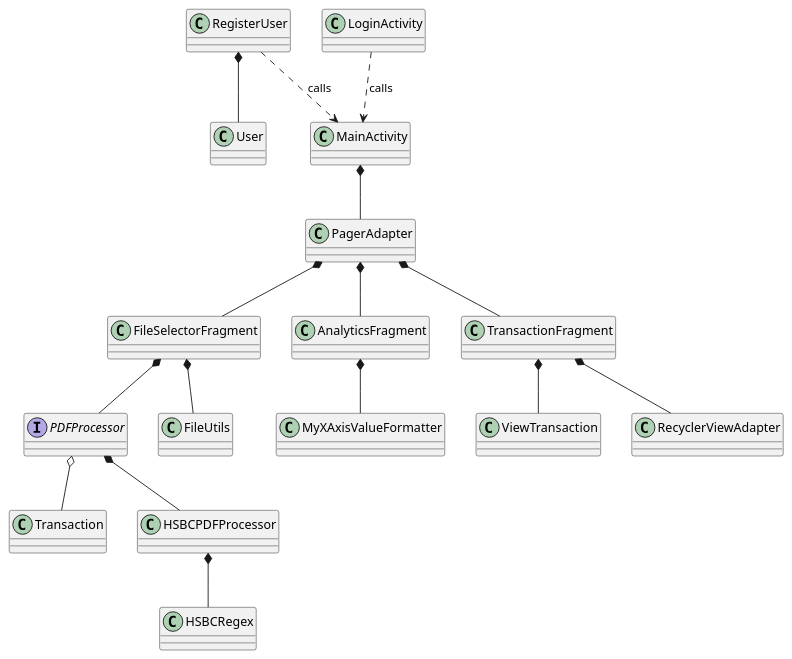
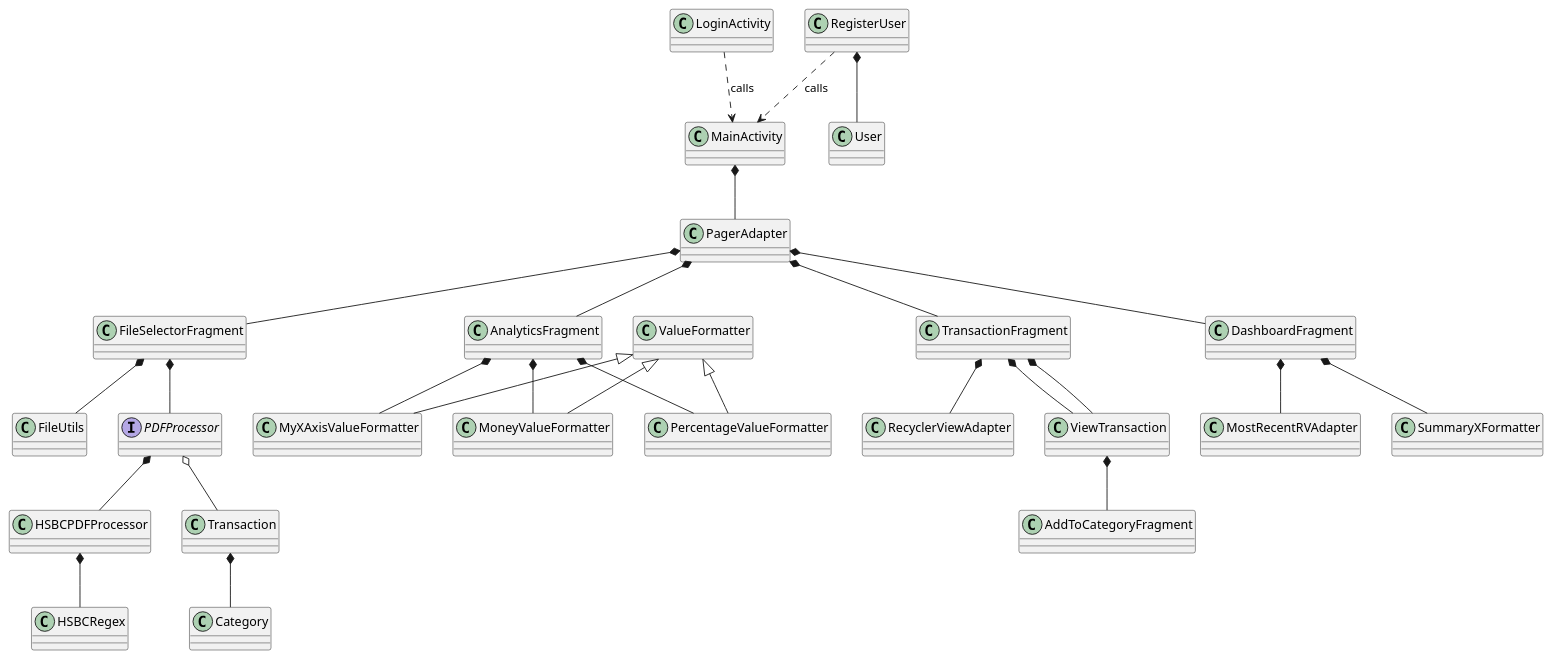
The diagram in app/class_diagram.puml (nisathnasar/Spending-Tracker), drawn with PlantUML before and after one commit.

Commit message:
class diagram update

```diff
--- a/app/class_diagram.puml
+++ b/app/class_diagram.puml
@@ -1,39 +1,65 @@
 @startuml
 
 class MainActivity
 class RegisterUser
 class LoginActivity
 class Transaction
 class User
 class FileSelectorFragment
 class FileUtils
 class HSBCRegex
 interface PDFProcessor
 class HSBCPDFProcessor
 class AnalyticsFragment
 class PagerAdapter
 class RecyclerViewAdapter
 class TransactionFragment
 class ViewTransaction
 class MyXAxisValueFormatter
 
+class DashboardFragment
+class AddToCategoryFragment
+class MostRecentRVAdapter
+class MoneyValueFormatter
+class ValueFormatter
+class PercentageValueFormatter
+class ViewTransaction
+class SummaryXFormatter
+class Category
+
+
 RegisterUser ..> MainActivity : calls
 LoginActivity ..> MainActivity : calls
 RegisterUser *-- User
 MainActivity *-- PagerAdapter
 PagerAdapter *-- TransactionFragment
 PagerAdapter *-- AnalyticsFragment
 PagerAdapter *-- FileSelectorFragment
 AnalyticsFragment *-- MyXAxisValueFormatter
 PDFProcessor o-- Transaction
 FileSelectorFragment *-- PDFProcessor
 FileSelectorFragment *-- FileUtils
 HSBCPDFProcessor *-- HSBCRegex
 TransactionFragment *-- RecyclerViewAdapter
 TransactionFragment *-- ViewTransaction
 PDFProcessor *-- HSBCPDFProcessor
 
+PagerAdapter *-- DashboardFragment
+DashboardFragment *-- SummaryXFormatter
+DashboardFragment *-- MostRecentRVAdapter
+TransactionFragment *-- ViewTransaction
+ViewTransaction *-- AddToCategoryFragment
+Transaction *-- Category
+
+AnalyticsFragment *-- MoneyValueFormatter
+AnalyticsFragment *-- PercentageValueFormatter
+
+ValueFormatter <|-- MoneyValueFormatter
+ValueFormatter <|-- PercentageValueFormatter
+ValueFormatter <|-- MyXAxisValueFormatter
+
+
 
 
 
 @enduml
```
